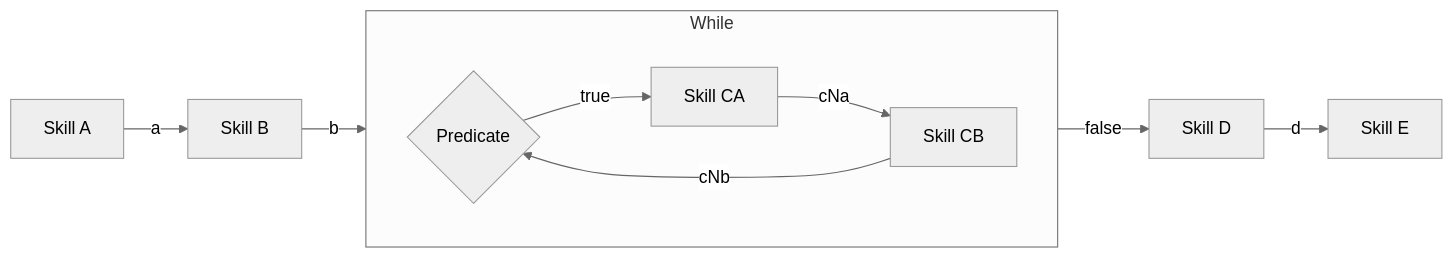
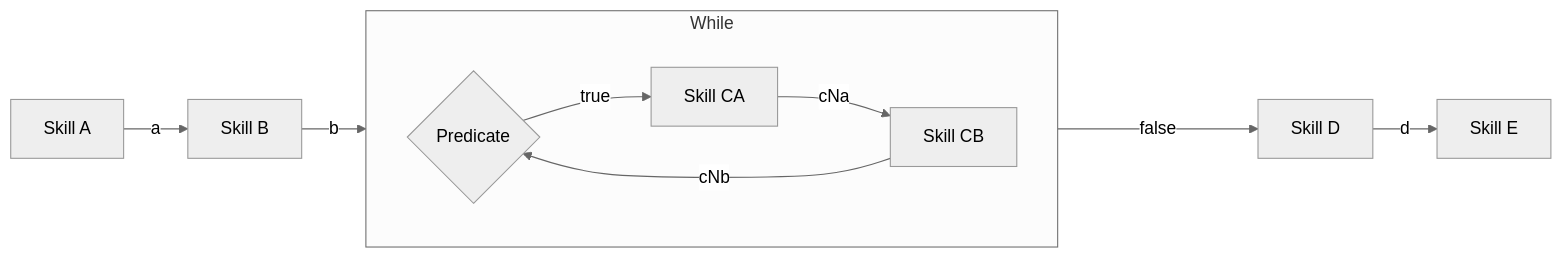
Before and after one commit to chain-ml/council: the fifth of 6 diagrams in design/runners.md, drawn with Mermaid (neutral theme). The commit also changed other lines of this file, not shown here.

Commit message:
clean up

````diff
--- a/design/runners.md
+++ b/design/runners.md
@@ -160,21 +160,21 @@
 ```mermaid
 flowchart LR
     SkillA[Skill A]
     SkillB[Skill B]
-    subgraph While 
+    subgraph While
         direction LR
         Predicate{Predicate}
         SkillCA[Skill CA]
         SkillCB[Skill CB]
     end
     SkillD[Skill D]
     SkillE[Skill E]
     
     SkillA --a--> SkillB
     SkillB --b--> Predicate
-    Predicate --true--> SkillCA
+    Predicate -->|true| SkillCA
     SkillCA --cNa--> SkillCB
     SkillCB --cNb--> Predicate
-    Predicate --false--> SkillD
+    Predicate ---->|false| SkillD
     SkillD --d--> SkillE
 ```
````
